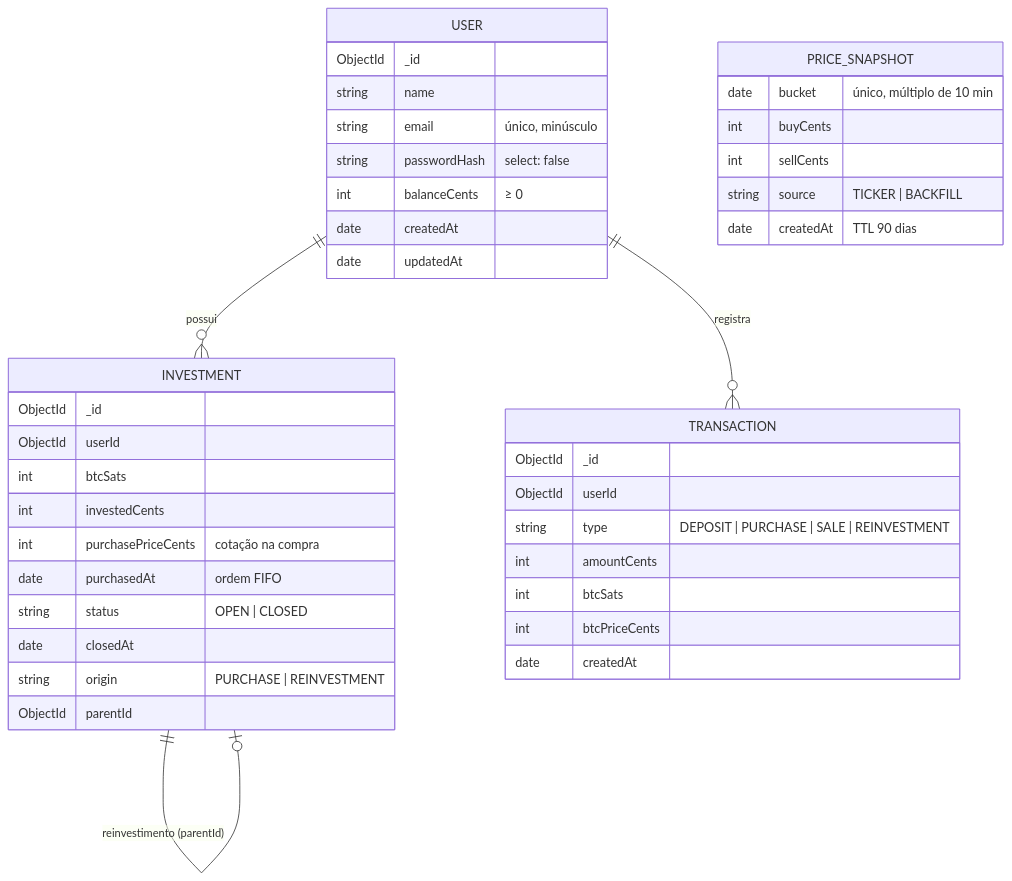
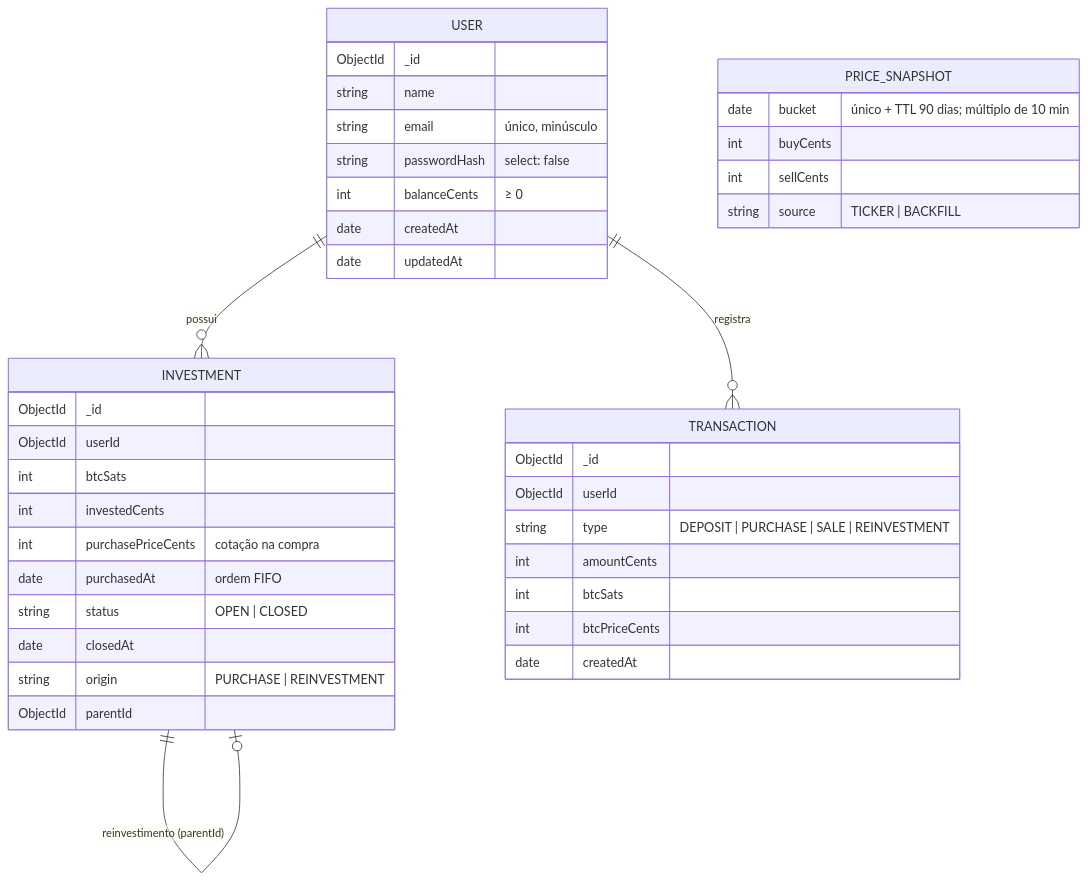
The third of 4 diagrams in docs/ARQUITETURA.md (ton-ayr/Bitcoinzz), drawn with Mermaid before and after one commit. The commit also changed other lines of this file and 126 other files, not shown here.

````diff
--- a/docs/ARQUITETURA.md
+++ b/docs/ARQUITETURA.md
@@ -110,44 +120,43 @@
 ```mermaid
 erDiagram
   USER ||--o{ INVESTMENT : "possui"
   USER ||--o{ TRANSACTION : "registra"
   INVESTMENT ||--o| INVESTMENT : "reinvestimento (parentId)"
 
   USER {
     ObjectId _id
     string name
     string email "único, minúsculo"
     string passwordHash "select: false"
     int balanceCents "≥ 0"
     date createdAt
     date updatedAt
   }
   INVESTMENT {
     ObjectId _id
     ObjectId userId
     int btcSats
     int investedCents
     int purchasePriceCents "cotação na compra"
     date purchasedAt "ordem FIFO"
     string status "OPEN | CLOSED"
     date closedAt
     string origin "PURCHASE | REINVESTMENT"
     ObjectId parentId
   }
   TRANSACTION {
     ObjectId _id
     ObjectId userId
     string type "DEPOSIT | PURCHASE | SALE | REINVESTMENT"
     int amountCents
     int btcSats
     int btcPriceCents
     date createdAt
   }
   PRICE_SNAPSHOT {
-    date bucket "único, múltiplo de 10 min"
+    date bucket "único + TTL 90 dias; múltiplo de 10 min"
     int buyCents
     int sellCents
     string source "TICKER | BACKFILL"
-    date createdAt "TTL 90 dias"
   }
 ```
````
